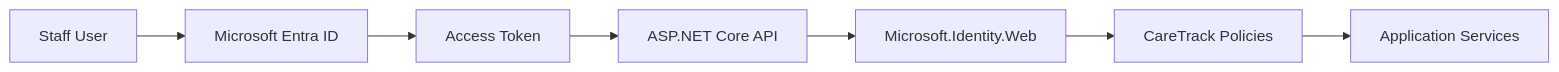
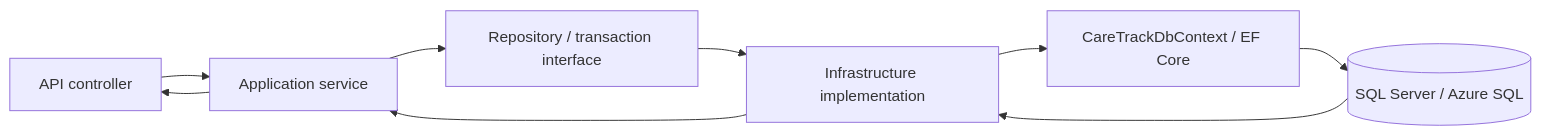
Before and after one commit to mirzahussnain/care-track: the fourth of 7 diagrams in docs/03-system-architecture.md, drawn with Mermaid. The commit also changed other lines of this file and 22 other files, not shown here.

Commit message:
docs: package CareTrack for portfolio and recruiter review

````diff
--- a/docs/03-system-architecture.md
+++ b/docs/03-system-architecture.md
@@ -76,9 +72,9 @@
 ```mermaid
 flowchart LR
-    USER[Staff User] --> ENTRA[Microsoft Entra ID]
-    ENTRA --> TOKEN[Access Token]
-    TOKEN --> API[ASP.NET Core API]
-    API --> AUTHN[Microsoft.Identity.Web]
-    AUTHN --> AUTHZ[CareTrack Policies]
-    AUTHZ --> APP[Application Services]
+    C[API controller] --> S[Application service]
+    S --> I[Repository / transaction interface]
+    I --> R[Infrastructure implementation]
+    R --> EF[CareTrackDbContext / EF Core]
+    EF --> SQL[(SQL Server / Azure SQL)]
+    SQL --> R --> S --> C
 ```
````
